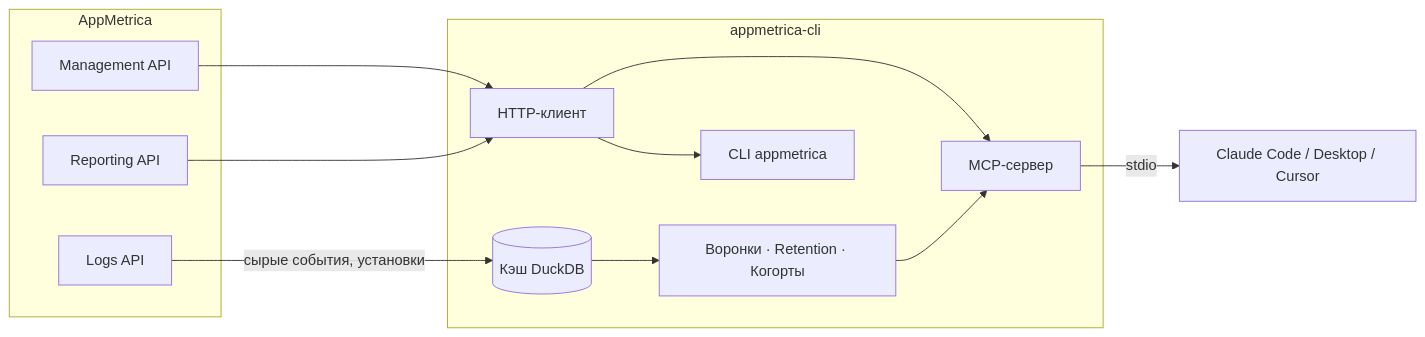
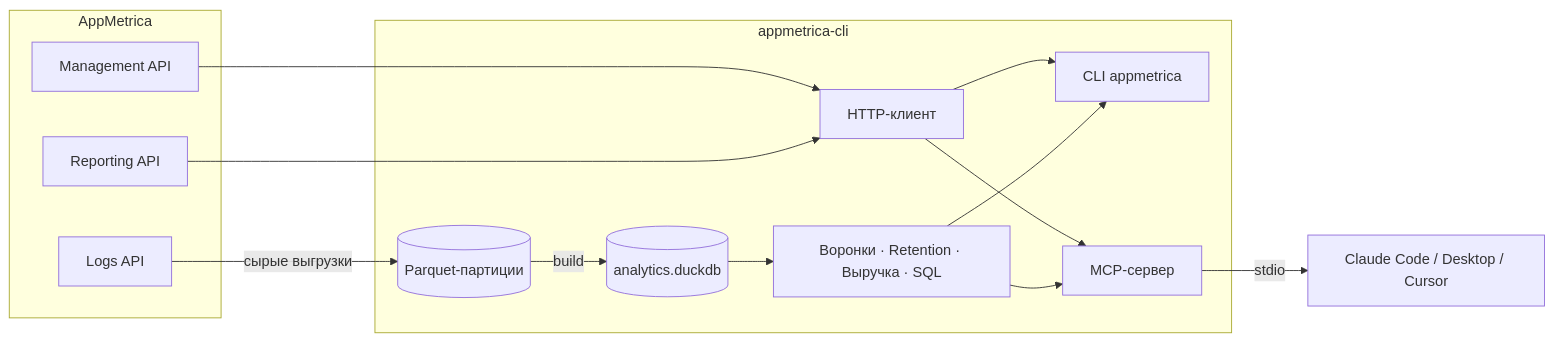
The diagram in README.ru.md (ampersante/appmetrica-cli), drawn with Mermaid before and after one commit. The commit also changed other lines of this file and 3 other files, not shown here.

Commit message:
Docs: Russian README, setup guide, engineering rules to current architecture

````diff
--- a/README.ru.md
+++ b/README.ru.md
@@ -34,25 +35,28 @@
 ```mermaid
 flowchart LR
     subgraph AppMetrica
         MGMT[Management API]
         REP[Reporting API]
         LOGS[Logs API]
     end
 
     subgraph appmetrica-cli
         CLIENT[HTTP-клиент]
-        CACHE[(Кэш DuckDB)]
-        ANALYTICS[Воронки · Retention · Когорты]
+        PARQUET[(Parquet-партиции)]
+        DB[(analytics.duckdb)]
+        ANALYTICS[Воронки · Retention · Выручка · SQL]
         CLI[CLI appmetrica]
         MCP[MCP-сервер]
     end
 
     MGMT --> CLIENT
     REP --> CLIENT
-    LOGS -->|сырые события, установки| CACHE
-    CACHE --> ANALYTICS
+    LOGS -->|сырые выгрузки| PARQUET
+    PARQUET -->|build| DB
+    DB --> ANALYTICS
     CLIENT --> CLI
     CLIENT --> MCP
+    ANALYTICS --> CLI
     ANALYTICS --> MCP
     MCP -->|stdio| CLAUDE[Claude Code / Desktop / Cursor]
 ```
````
